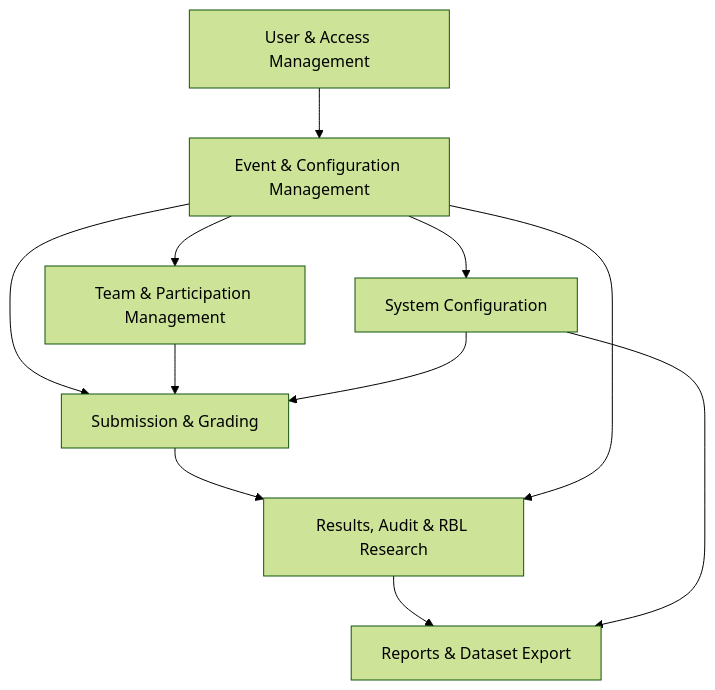
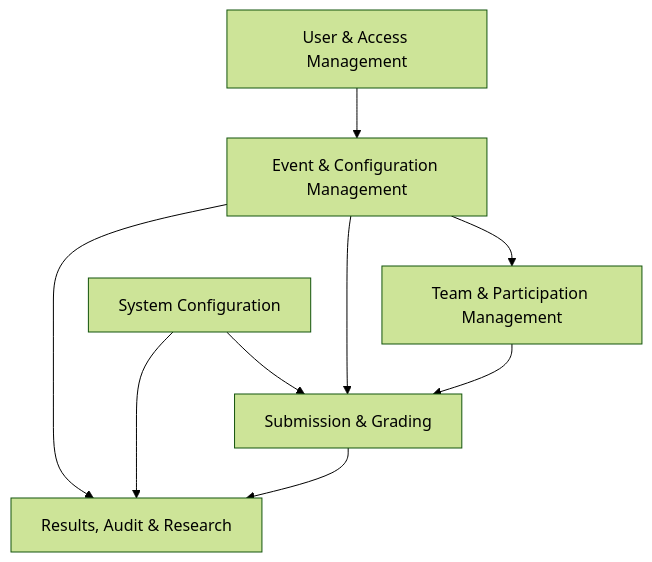
The third of 4 diagrams in README.md (Miniks040506/SWP391-SEAL-Software-Engineering-Hackathon-Management-System), drawn with Mermaid (forest theme) before and after one commit. The commit also changed other lines of this file, not shown here.

````diff
--- a/README.md
+++ b/README.md
@@ -206,13 +200,11 @@
 ```mermaid
 graph TD
     A[User & Access Management] --> B[Event & Configuration Management]
     B --> C[Team & Participation Management]
     B --> D[Submission & Grading]
     C --> D
-    D --> E[Results, Audit & RBL Research]
+    D --> E[Results, Audit & Research]
     B --> E
-    E --> F[Reports & Dataset Export]
-    B --> G[System Configuration]
-    G --> D
-    G --> F
+    G[System Configuration] --> D
+    G --> E
 ```
````
